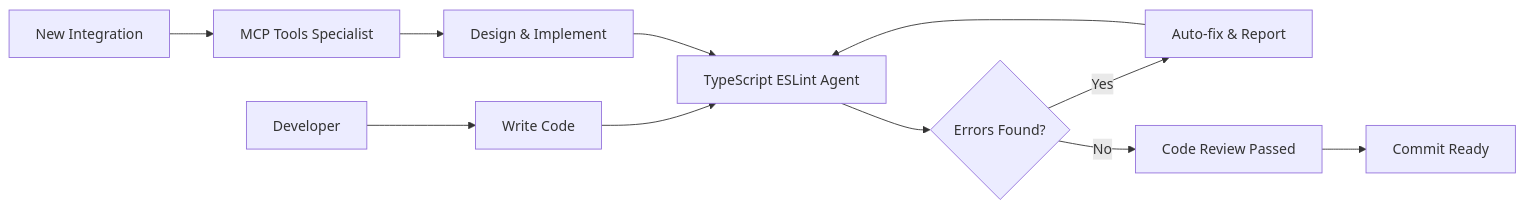
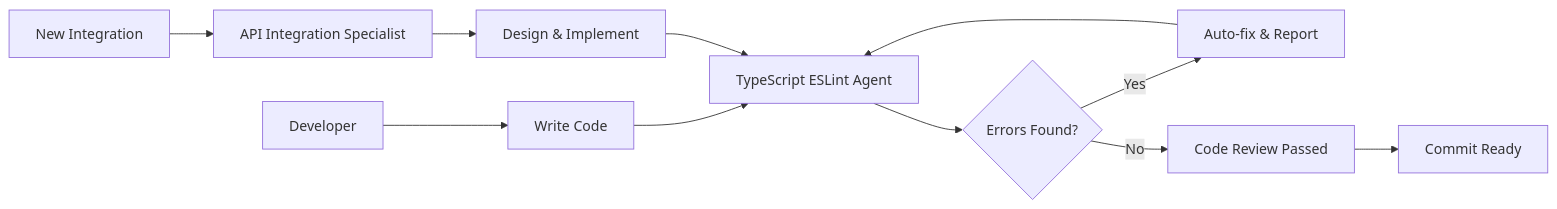
One commit to missgemma415/work-payroll-project changed the diagram in CLAUDE.md. Above: the diagram before and after it, drawn with Mermaid. The commit also changed other lines of this file and 96 other files, not shown here.

````diff
--- a/CLAUDE.md
+++ b/CLAUDE.md
@@ -352,14 +372,14 @@
 ```mermaid
 graph LR
     A[Developer] --> B[Write Code]
     B --> C[TypeScript ESLint Agent]
     C --> D{Errors Found?}
     D -->|Yes| E[Auto-fix & Report]
     E --> C
     D -->|No| F[Code Review Passed]
     F --> G[Commit Ready]
 
-    H[New Integration] --> I[MCP Tools Specialist]
+    H[New Integration] --> I[API Integration Specialist]
     I --> J[Design & Implement]
     J --> C
 ```
````
